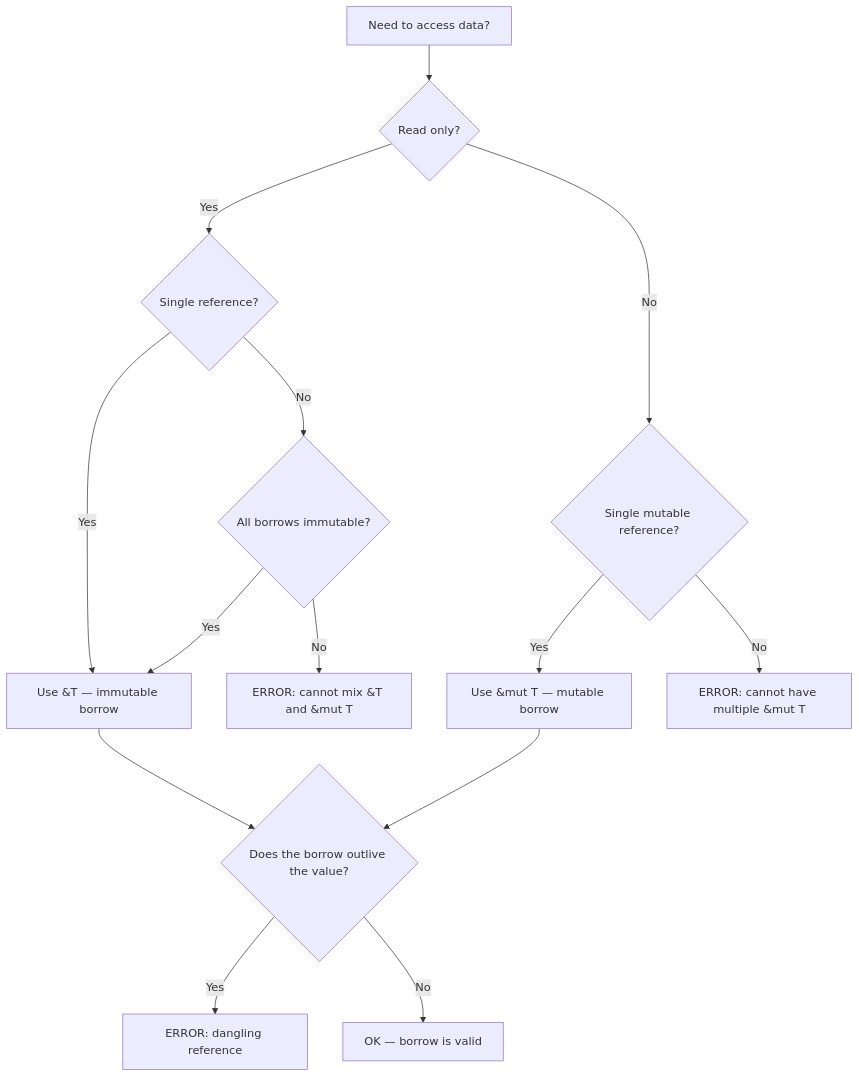
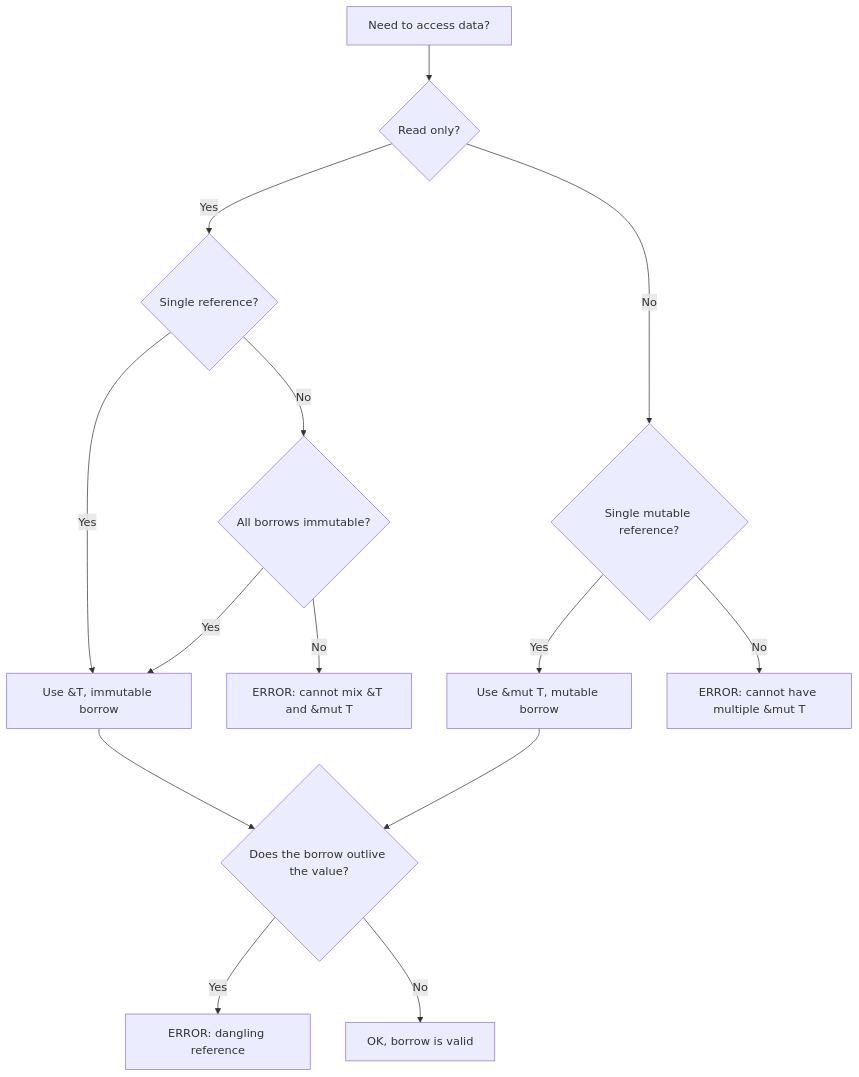
The diagram in sites/languages/src/content/docs/rust/02-ownership-borrowing/ownership.md (WyattAu/starlight-sites), drawn with Mermaid before and after one commit. The commit also changed other lines of this file and 3460 other files, not shown here.

````diff
--- a/sites/languages/src/content/docs/rust/02-ownership-borrowing/ownership.md
+++ b/sites/languages/src/content/docs/rust/02-ownership-borrowing/ownership.md
@@ -778,16 +778,16 @@
 ```mermaid
 graph TD
     A[Need to access data?] --> B{Read only?}
     B -->|Yes| C{Single reference?}
     B -->|No| D{Single mutable reference?}
-    C -->|Yes| E[Use &amp;T — immutable borrow]
+    C -->|Yes| E[Use &amp;T, immutable borrow]
     C -->|No| F{All borrows immutable?}
     F -->|Yes| E
     F -->|No| G[ERROR: cannot mix &amp;T and &amp;mut T]
-    D -->|Yes| H[Use &amp;mut T — mutable borrow]
+    D -->|Yes| H[Use &amp;mut T, mutable borrow]
     D -->|No| I[ERROR: cannot have multiple &amp;mut T]
     E --> J{Does the borrow outlive the value?}
     H --> J
     J -->|Yes| K[ERROR: dangling reference]
-    J -->|No| L[OK — borrow is valid]
+    J -->|No| L[OK, borrow is valid]
 ```
````
